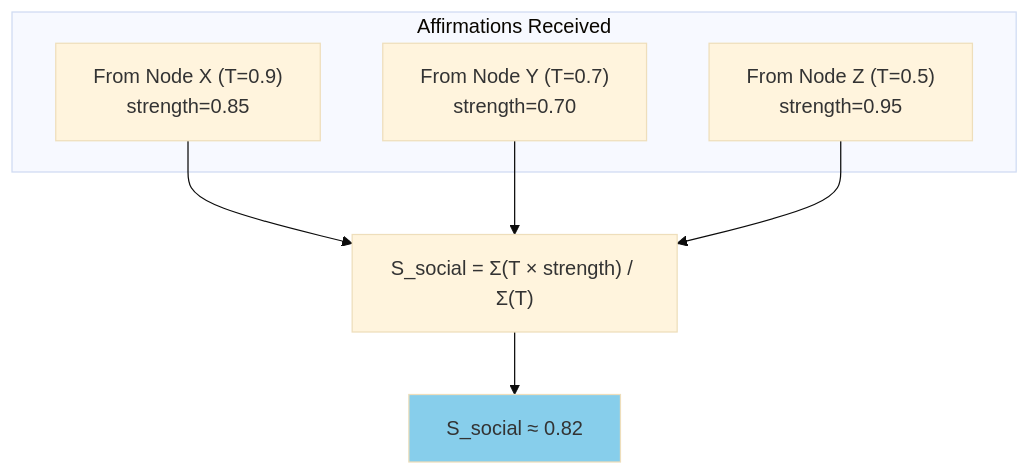
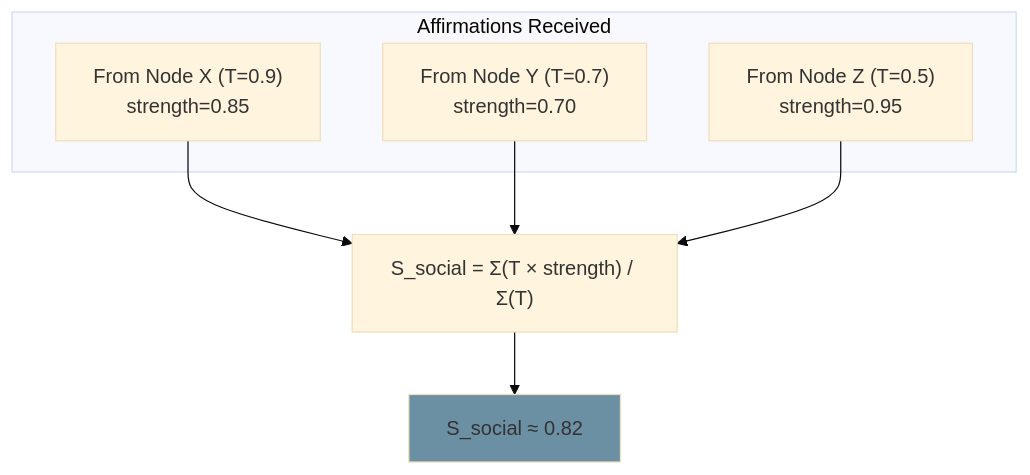
The fourth of 6 diagrams in docs/protocol/trust-computation.md (ScopeCreep-zip/Symbiont), drawn with Mermaid (base theme) before and after one commit. The commit also changed other lines of this file and 17 other files, not shown here.

Commit message:
update to diagram colors

````diff
--- a/docs/protocol/trust-computation.md
+++ b/docs/protocol/trust-computation.md
@@ -232,17 +232,17 @@
 ```mermaid
 graph TB
     subgraph "Affirmations Received"
         A1["From Node X (T=0.9)<br/>strength=0.85"]
         A2["From Node Y (T=0.7)<br/>strength=0.70"]
         A3["From Node Z (T=0.5)<br/>strength=0.95"]
     end
 
     A1 --> CALC
     A2 --> CALC
     A3 --> CALC
 
     CALC["S_social = Σ(T × strength) / Σ(T)"]
     CALC --> S["S_social ≈ 0.82"]
 
-    style S fill:#87CEEB
+    style S fill:#6b8fa3
 ```
````
